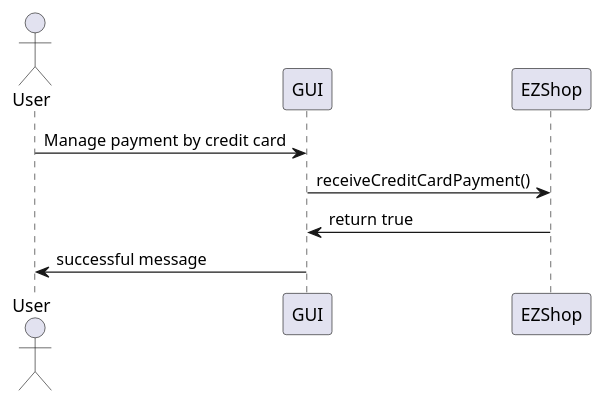
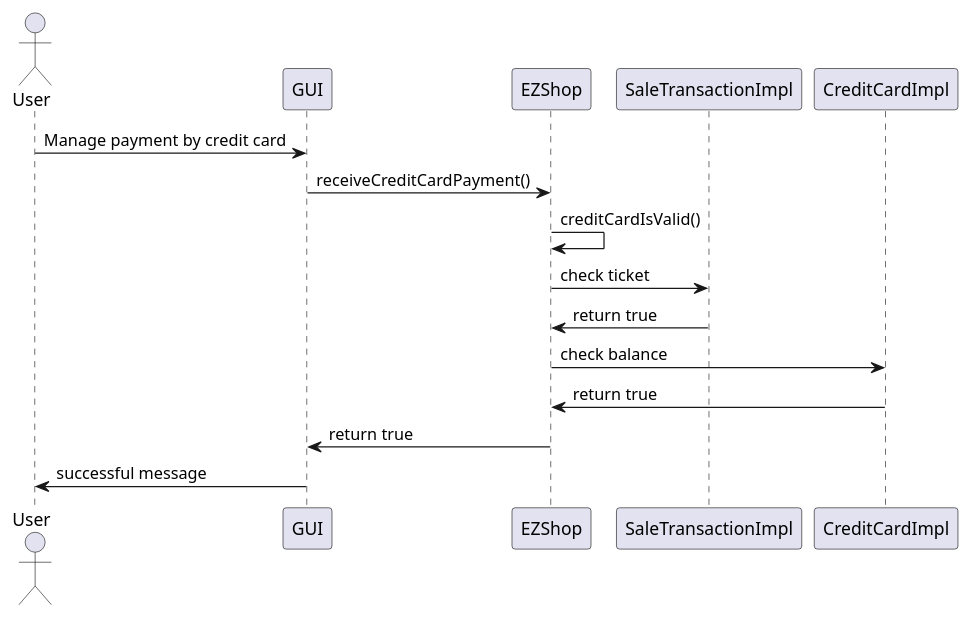
Before and after one commit to ThePiromaximus/ezshop: diagram 15 of 19 in Deliverables/DesignDocument.md, drawn with PlantUML. The commit also changed other lines of this file, not shown here.

Commit message:
Updated sequence diagram FR4, FR7

````diff
--- a/Deliverables/DesignDocument.md
+++ b/Deliverables/DesignDocument.md
@@ -502,9 +499,14 @@
 ```plantuml
 @startuml
 Actor User as U
 U -> GUI: Manage payment by credit card
 GUI -> EZShop: receiveCreditCardPayment()
+EZShop -> EZShop: creditCardIsValid()
+EZShop -> SaleTransactionImpl: check ticket
+EZShop <- SaleTransactionImpl: return true
+EZShop -> CreditCardImpl: check balance
+EZShop <- CreditCardImpl: return true
 GUI <- EZShop: return true
 U <- GUI: successful message
 @enduml
 ```
````
